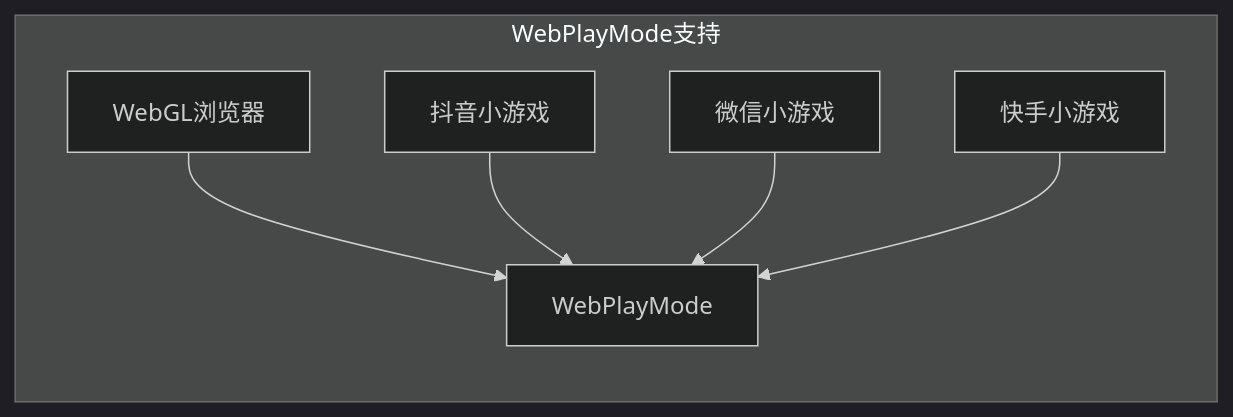
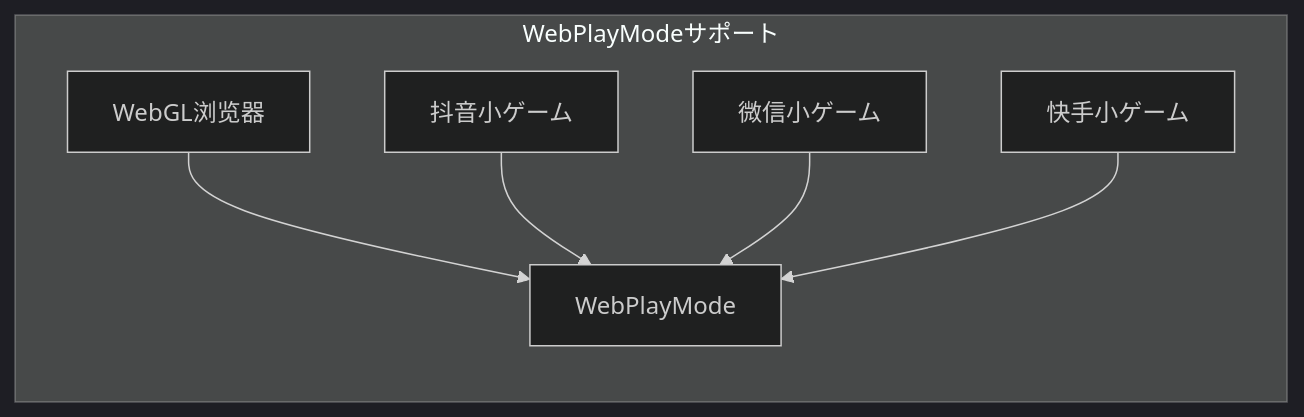
Before and after one commit to AlianBlank/GameFrameX.Docs: the fourth of 4 diagrams in docs/ja/client/unity/component/asset/10.asset-manager.md, drawn with Mermaid (dark theme). The commit also changed other lines of this file and 603 other files, not shown here.

````diff
--- a/docs/ja/client/unity/component/asset/10.asset-manager.md
+++ b/docs/ja/client/unity/component/asset/10.asset-manager.md
@@ -318,9 +318,9 @@
 ```mermaid
 flowchart LR
-    subgraph WebPlayMode支持
+    subgraph WebPlayModeサポート
         A[WebGL浏览器] --> B[WebPlayMode]
-        C[抖音小游戏] --> B
-        D[微信小游戏] --> B
-        E[快手小游戏] --> B
+        C[抖音小ゲーム] --> B
+        D[微信小ゲーム] --> B
+        E[快手小ゲーム] --> B
     end
 ```
````
